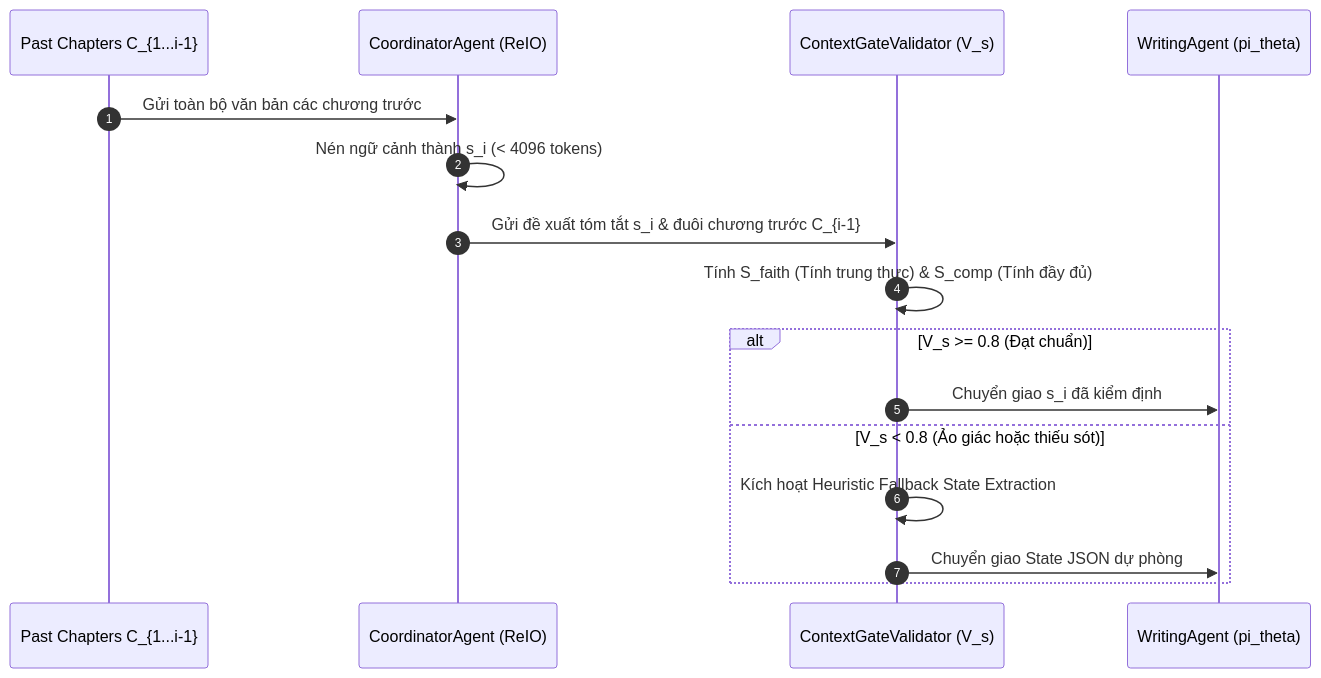
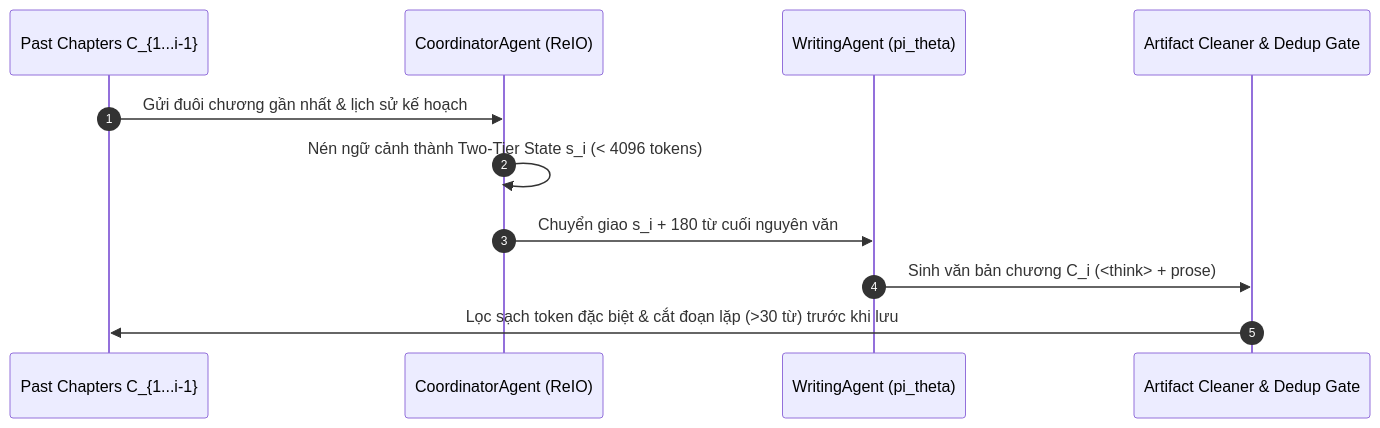
One commit to AIVIETNAM-AIO-TruongDogki/MA_GRPO changed the second of 3 diagrams in architecture.md. Above: the diagram before and after it, drawn with Mermaid. The commit also changed other lines of this file and 31 other files, not shown here.

Commit message:
feat: add 3 benchmark suites, remove ContextGateValidator, add 0-token cleaner/dedup & sample3 outline+dataset notebook

````diff
--- a/architecture.md
+++ b/architecture.md
@@ -99,19 +96,14 @@
 ```mermaid
 sequenceDiagram
     autonumber
     participant Hist as Past Chapters C_{1...i-1}
     participant Coord as CoordinatorAgent (ReIO)
-    participant Gate as ContextGateValidator (V_s)
     participant Writer as WritingAgent (pi_theta)
+    participant Hygiene as Artifact Cleaner & Dedup Gate
 
-    Hist->>Coord: Gửi toàn bộ văn bản các chương trước
-    Coord->>Coord: Nén ngữ cảnh thành s_i (< 4096 tokens)
-    Coord->>Gate: Gửi đề xuất tóm tắt s_i & đuôi chương trước C_{i-1}
-    Gate->>Gate: Tính S_faith (Tính trung thực) & S_comp (Tính đầy đủ)
-    alt V_s >= 0.8 (Đạt chuẩn)
-        Gate->>Writer: Chuyển giao s_i đã kiểm định
-    else V_s < 0.8 (Ảo giác hoặc thiếu sót)
-        Gate->>Gate: Kích hoạt Heuristic Fallback State Extraction
-        Gate->>Writer: Chuyển giao State JSON dự phòng
-    end
+    Hist->>Coord: Gửi đuôi chương gần nhất & lịch sử kế hoạch
+    Coord->>Coord: Nén ngữ cảnh thành Two-Tier State s_i (< 4096 tokens)
+    Coord->>Writer: Chuyển giao s_i + 180 từ cuối nguyên văn
+    Writer->>Hygiene: Sinh văn bản chương C_i (<think> + prose)
+    Hygiene->>Hist: Lọc sạch token đặc biệt & cắt đoạn lặp (>30 từ) trước khi lưu
 ```
````
